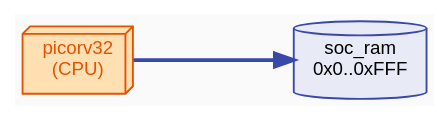
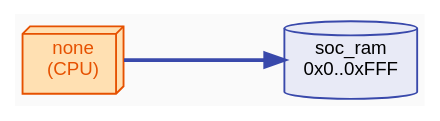
The diagram in examples/blink_test_02/gen/doc/soc_graph.dot (risapav/fpga_soc), drawn with Graphviz before and after one commit. The commit also changed 98 other files, not shown here.

```diff
--- a/examples/blink_test_02/gen/doc/soc_graph.dot
+++ b/examples/blink_test_02/gen/doc/soc_graph.dot
@@ -1,22 +1,22 @@
 // AUTO-GENERATED BY gen_config.py - DO NOT EDIT MANUALLY
-// SoC: qmtech_ep4ce55  CPU: picorv32  RAM: 4096 B  @50 MHz
+// SoC: qmtech_ep4ce55  CPU: none  RAM: 4096 B  @50 MHz
 digraph soc {
   graph [rankdir=LR fontname="Helvetica" bgcolor="#fafafa"
          label="" splines=ortho nodesep=0.6 ranksep=1.2];
   node  [fontname="Helvetica" fontsize=10];
   edge  [fontname="Helvetica" fontsize=9];
 
   // CPU
-  cpu [label="picorv32\n(CPU)" shape=box3d
+  cpu [label="none\n(CPU)" shape=box3d
        style=filled fillcolor="#ffe0b2" color="#e65100" fontcolor="#e65100"];
 
   // RAM
   ram [label="soc_ram\n0x0..0xFFF"
        shape=cylinder style=filled fillcolor="#e8eaf6" color="#3949ab"];
 
   cpu -> ram [color="#3949ab" penwidth=2];
 
 
 
 
 }
```
